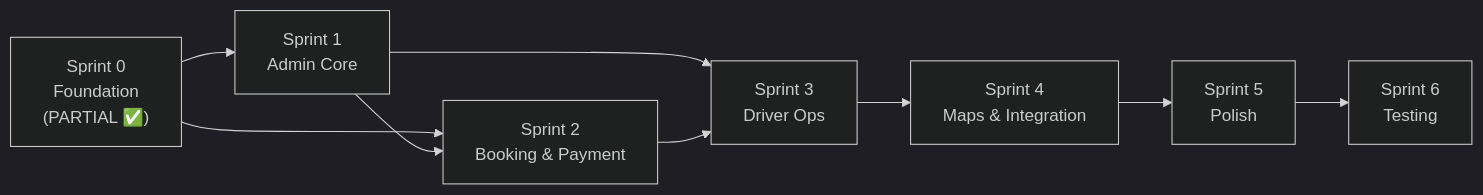
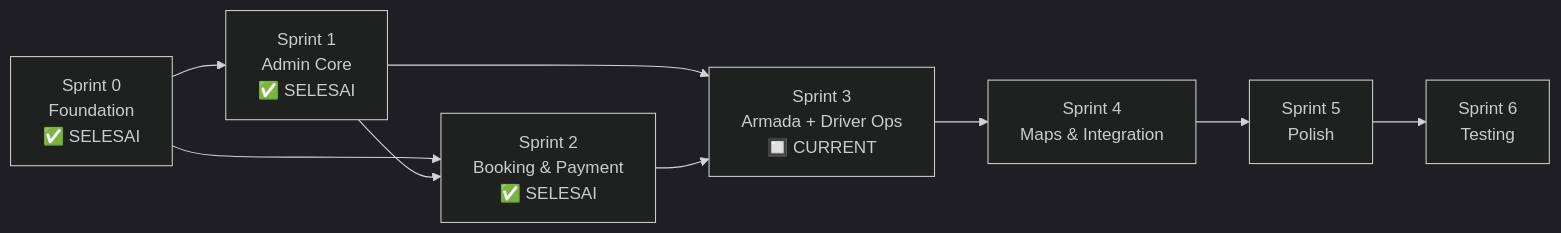
One commit to DyoTeam2B/singgalang-jaya-travel changed the diagram in context/sprint-planning.md. Above: the diagram before and after it, drawn with Mermaid (dark theme). The commit also changed other lines of this file and 7 other files, not shown here.

````diff
--- a/context/sprint-planning.md
+++ b/context/sprint-planning.md
@@ -269,11 +340,11 @@
 ```mermaid
 flowchart LR
-    S0["Sprint 0<br>Foundation<br>(PARTIAL ✅)"] --> S1[Sprint 1<br>Admin Core]
-    S0 --> S2[Sprint 2<br>Booking & Payment]
+    S0["Sprint 0<br>Foundation<br>✅ SELESAI"] --> S1["Sprint 1<br>Admin Core<br>✅ SELESAI"]
+    S0 --> S2["Sprint 2<br>Booking & Payment<br>✅ SELESAI"]
     S1 --> S2
-    S1 --> S3[Sprint 3<br>Driver Ops]
+    S1 --> S3["Sprint 3<br>Armada + Driver Ops<br>🔲 CURRENT"]
     S2 --> S3
     S3 --> S4[Sprint 4<br>Maps & Integration]
     S4 --> S5[Sprint 5<br>Polish]
     S5 --> S6[Sprint 6<br>Testing]
 ```
````
